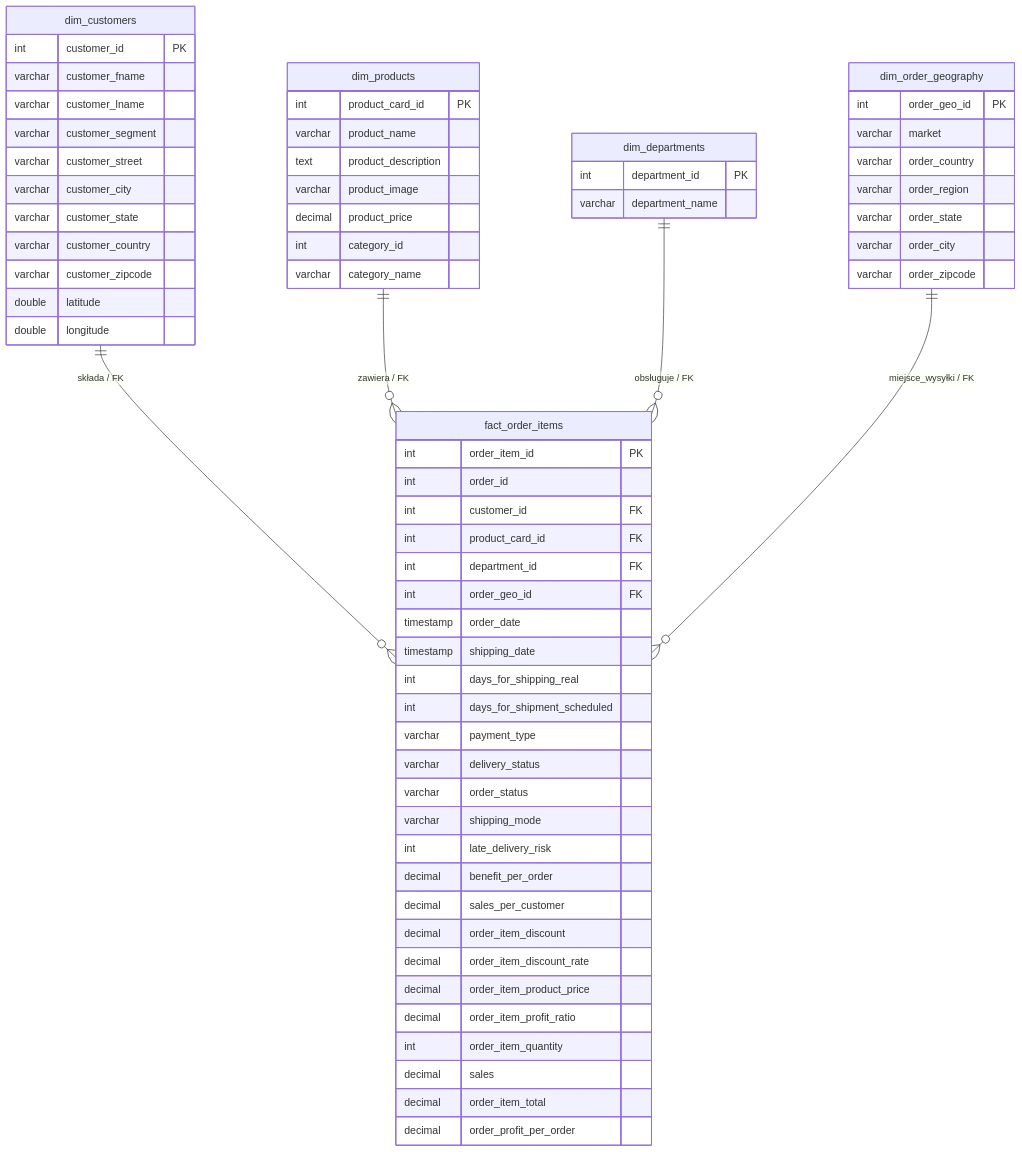
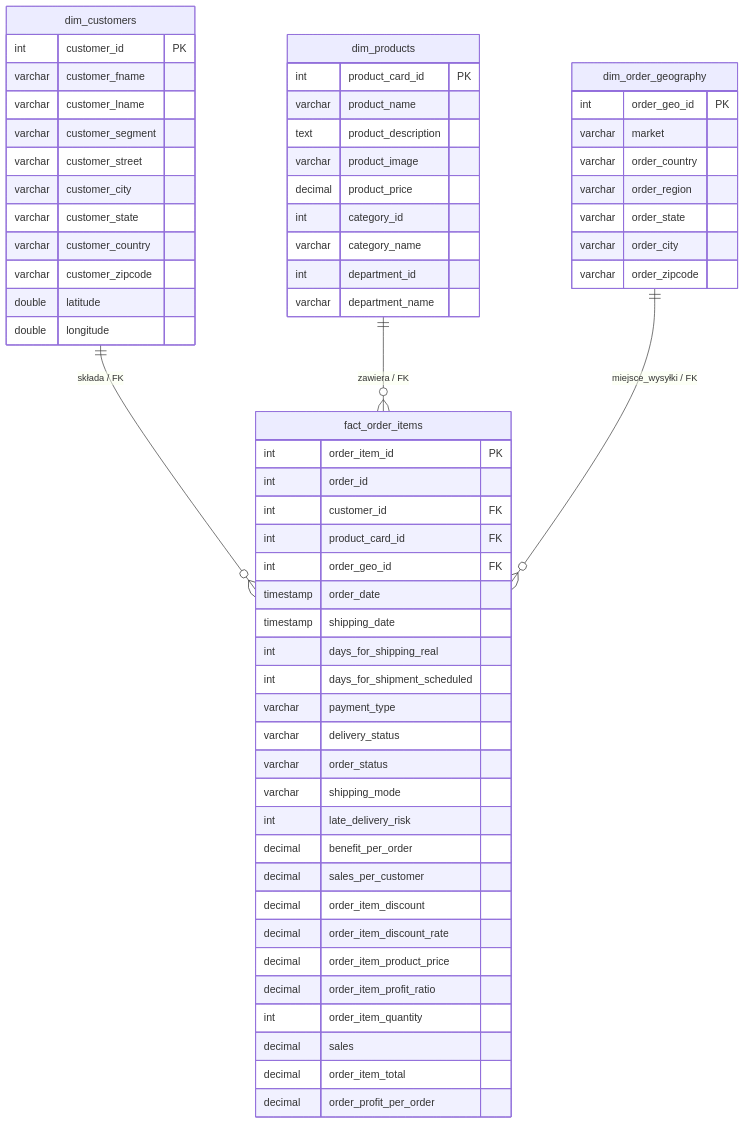
The diagram in data_integration.mmd (rafalrydzkowski/Supply_Chain_Data_Analysis), drawn with Mermaid before and after one commit.

```diff
--- a/data_integration.mmd
+++ b/data_integration.mmd
@@ -1,72 +1,67 @@
 erDiagram
     dim_customers {
         int customer_id PK
         varchar customer_fname
         varchar customer_lname
         varchar customer_segment
         varchar customer_street
         varchar customer_city
         varchar customer_state
         varchar customer_country
         varchar customer_zipcode
         double latitude
         double longitude
     }
 
     dim_products {
         int product_card_id PK
         varchar product_name
         text product_description
         varchar product_image
         decimal product_price
         int category_id
         varchar category_name
-    }
-
-    dim_departments {
-        int department_id PK
+        int department_id
         varchar department_name
     }
 
     dim_order_geography {
         int order_geo_id PK
         varchar market
         varchar order_country
         varchar order_region
         varchar order_state
         varchar order_city
         varchar order_zipcode
     }
 
     fact_order_items {
         int order_item_id PK
         int order_id
         int customer_id FK
         int product_card_id FK
-        int department_id FK
         int order_geo_id FK
         timestamp order_date
         timestamp shipping_date
         int days_for_shipping_real
         int days_for_shipment_scheduled
         varchar payment_type
         varchar delivery_status
         varchar order_status
         varchar shipping_mode
         int late_delivery_risk
         decimal benefit_per_order
         decimal sales_per_customer
         decimal order_item_discount
         decimal order_item_discount_rate
         decimal order_item_product_price
         decimal order_item_profit_ratio
         int order_item_quantity
         decimal sales
         decimal order_item_total
         decimal order_profit_per_order
     }
 
     dim_customers ||--o{ fact_order_items : "składa / FK"
     dim_products ||--o{ fact_order_items : "zawiera / FK"
-    dim_departments ||--o{ fact_order_items : "obsługuje / FK"
     dim_order_geography ||--o{ fact_order_items : "miejsce_wysyłki / FK"
```
